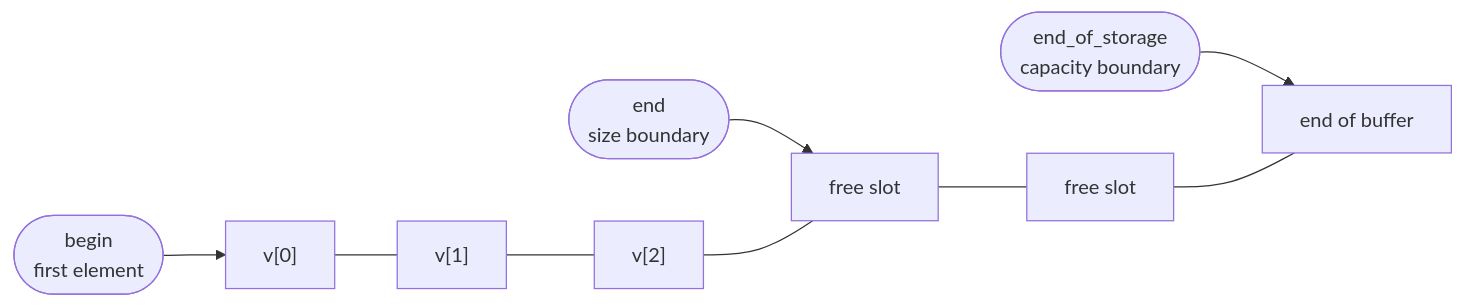
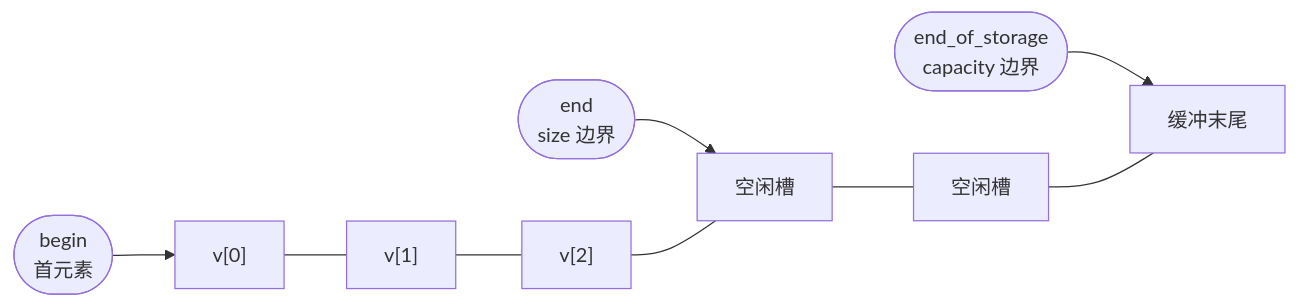
One commit to Awesome-Embedded-Learning-Studio/Tutorial_AwesomeModernCPP changed the first of 3 diagrams in documents/en/vol3-standard-library/containers/03-vector-deep-dive.md. Above: the diagram before and after it, drawn with Mermaid. The commit also changed other lines of this file and 749 other files, not shown here.

````diff
--- a/documents/en/vol3-standard-library/containers/03-vector-deep-dive.md
+++ b/documents/en/vol3-standard-library/containers/03-vector-deep-dive.md
@@ -42,7 +42,7 @@
 ```mermaid
 flowchart LR
-    BEGIN(["begin<br/>first element"]) --> S0["v[0]"]
-    TAIL(["end<br/>size boundary"]) --> S3["free slot"]
-    CAP(["end_of_storage<br/>capacity boundary"]) --> S5["end of buffer"]
-    S0 --- S1["v[1]"] --- S2["v[2]"] --- S3 --- S4["free slot"] --- S5
+    BEGIN(["begin<br/>首元素"]) --> S0["v[0]"]
+    TAIL(["end<br/>size 边界"]) --> S3["空闲槽"]
+    CAP(["end_of_storage<br/>capacity 边界"]) --> S5["缓冲末尾"]
+    S0 --- S1["v[1]"] --- S2["v[2]"] --- S3 --- S4["空闲槽"] --- S5
 ```
````
